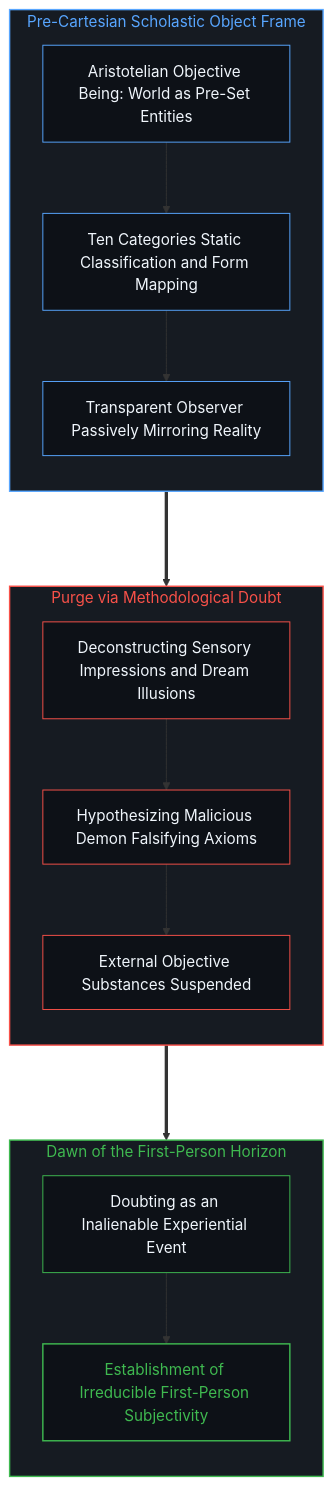
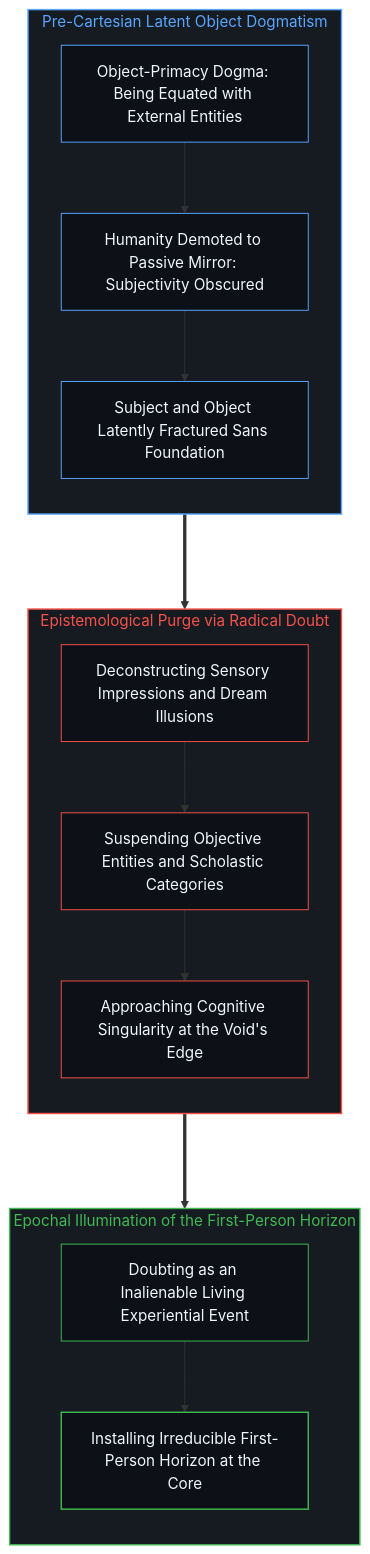
The second of 10 diagrams in content/posts/the-cartesian-overstep-and-the-frenzy-of-creation.md (powerpig99/not-a-toe), drawn with Mermaid before and after one commit. The commit also changed other lines of this file and 3 other files, not shown here.

````diff
--- a/content/posts/the-cartesian-overstep-and-the-frenzy-of-creation.md
+++ b/content/posts/the-cartesian-overstep-and-the-frenzy-of-creation.md
@@ -54,34 +54,35 @@
 ```mermaid
 graph TD
-    subgraph S_ClassicalFrame_EN ["Pre-Cartesian Scholastic Object Frame"]
+    subgraph S_PreCartesianDogma_EN ["Pre-Cartesian Latent Object Dogmatism"]
         direction TB
-        AE_Aristo["Aristotelian Objective Being: World as Pre-Set Entities"] --> BE_Categories["Ten Categories Static Classification and Form Mapping"]
-        BE_Categories --> CE_PassiveMirror["Transparent Observer Passively Mirroring Reality"]
+        AE_Scholastic["Object-Primacy Dogma: Being Equated with External Entities"] --> BE_Mirror["Humanity Demoted to Passive Mirror: Subjectivity Obscured"]
+        BE_Mirror --> CE_UnconsciousSplit["Subject and Object Latently Fractured Sans Foundation"]
     end
 
-    subgraph S_RadicalDoubt_EN ["Purge via Methodological Doubt"]
+    subgraph S_MethodDoubt_EN ["Epistemological Purge via Radical Doubt"]
         direction TB
-        DE_Senses["Deconstructing Sensory Impressions and Dream Illusions"] --> EE_Demon["Hypothesizing Malicious Demon Falsifying Axioms"]
-        EE_Demon --> FE_Suspended["External Objective Substances Suspended"]
+        DE_Senses["Deconstructing Sensory Impressions and Dream Illusions"] --> EE_Bracket["Suspending Objective Entities and Scholastic Categories"]
+        EE_Bracket --> FE_VoidEdge["Approaching Cognitive Singularity at the Void's Edge"]
     end
 
-    subgraph S_FirstPersonAnchor_EN ["Dawn of the First-Person Horizon"]
+    subgraph S_SubjectiveDawn_EN ["Epochal Illumination of the First-Person Horizon"]
         direction TB
-        GE_ActOfDoubt["Doubting as an Inalienable Experiential Event"] --> HE_EgoAnchor["Establishment of Irreducible First-Person Subjectivity"]
+        GE_ActOfDoubt["Doubting as an Inalienable Living Experiential Event"] --> HE_FirstPersonPivot["Installing Irreducible First-Person Horizon at the Core"]
     end
 
-    CE_PassiveMirror ===> DE_Senses
-    FE_Suspended ===> GE_ActOfDoubt
+    CE_UnconsciousSplit ===> DE_Senses
+    FE_VoidEdge ===> GE_ActOfDoubt
 
-    style S_ClassicalFrame_EN fill:#161b22,stroke:#58a6ff,stroke-width:1.5px,color:#58a6ff
-    style S_RadicalDoubt_EN fill:#161b22,stroke:#f85149,stroke-width:1.5px,color:#f85149
-    style S_FirstPersonAnchor_EN fill:#161b22,stroke:#3fb950,stroke-width:1.5px,color:#3fb950
-    style AE_Aristo fill:#0d1117,stroke:#58a6ff,stroke-width:1px,color:#f0f6fc
-    style BE_Categories fill:#0d1117,stroke:#58a6ff,stroke-width:1px,color:#f0f6fc
-    style CE_PassiveMirror fill:#0d1117,stroke:#58a6ff,stroke-width:1px,color:#f0f6fc
+    style S_PreCartesianDogma_EN fill:#161b22,stroke:#58a6ff,stroke-width:1.5px,color:#58a6ff
+    style S_MethodDoubt_EN fill:#161b22,stroke:#f85149,stroke-width:1.5px,color:#f85149
+    style S_SubjectiveDawn_EN fill:#161b22,stroke:#3fb950,stroke-width:1.5px,color:#3fb950
+    style AE_Scholastic fill:#0d1117,stroke:#58a6ff,stroke-width:1px,color:#f0f6fc
+    style BE_Mirror fill:#0d1117,stroke:#58a6ff,stroke-width:1px,color:#f0f6fc
+    style CE_UnconsciousSplit fill:#0d1117,stroke:#58a6ff,stroke-width:1px,color:#f0f6fc
     style DE_Senses fill:#0d1117,stroke:#f85149,stroke-width:1px,color:#f0f6fc
-    style EE_Demon fill:#0d1117,stroke:#f85149,stroke-width:1px,color:#f0f6fc
-    style FE_Suspended fill:#0d1117,stroke:#f85149,stroke-width:1px,color:#f0f6fc
+    style EE_Bracket fill:#0d1117,stroke:#f85149,stroke-width:1px,color:#f0f6fc
+    style FE_VoidEdge fill:#0d1117,stroke:#f85149,stroke-width:1px,color:#f0f6fc
     style GE_ActOfDoubt fill:#0d1117,stroke:#3fb950,stroke-width:1px,color:#f0f6fc
-    style HE_EgoAnchor fill:#0d1117,stroke:#3fb950,stroke-width:1.5px,color:#3fb950
+    style HE_FirstPersonPivot fill:#0d1117,stroke:#3fb950,stroke-width:1.5px,color:#3fb950
+    style HE_FirstPersonPivot fill:#0d1117,stroke:#3fb950,stroke-width:1.5px,color:#f0f6fc
 ```
````
